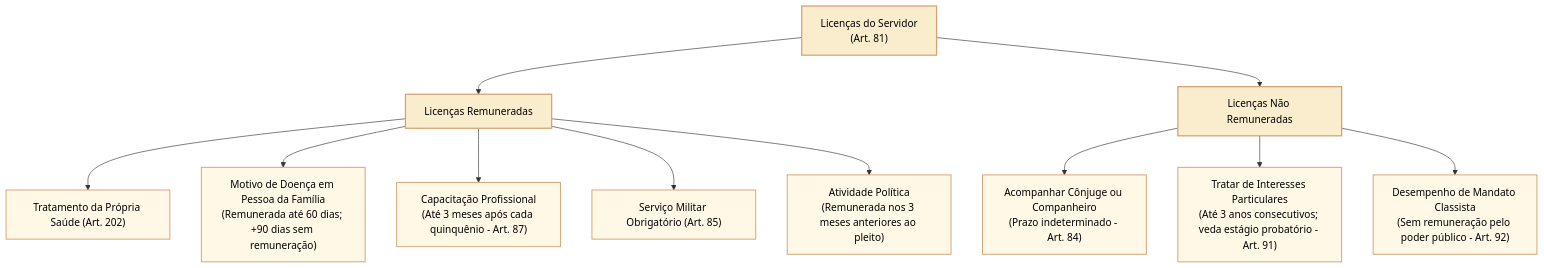
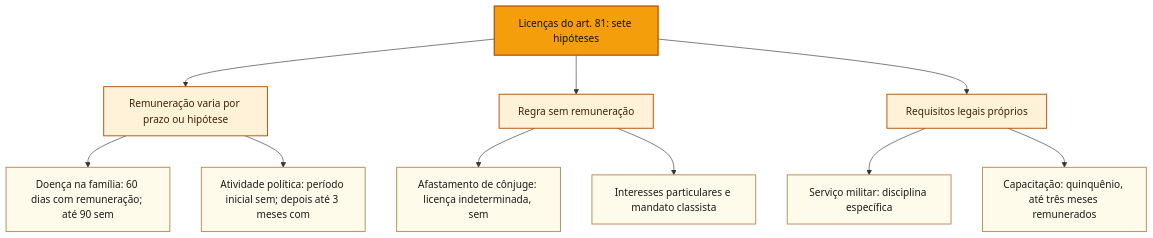
The third of 3 diagrams in 3 - Materias/Direito Administrativo/21 - lei 8112 direitos vantagens deveres e proibicoes.md (leorruas/concursos), drawn with Mermaid before and after one commit. The commit also changed other lines of this file, not shown here.

Commit message:
docs(didatica): revisar férias, licenças, deveres, sanções e acumulação EC138 DA21

````diff
--- a/3 - Materias/Direito Administrativo/21 - lei 8112 direitos vantagens deveres e proibicoes.md
+++ b/3 - Materias/Direito Administrativo/21 - lei 8112 direitos vantagens deveres e proibicoes.md
@@ -139,21 +146,17 @@
 ```mermaid
 flowchart TD
-    classDef raiz fill:#faedcd,stroke:#d4a373,stroke-width:2px,color:#000000;
-    classDef criterio fill:#faedcd,stroke:#d4a373,stroke-width:2px,color:#000000;
-    classDef opcao fill:#fff8e7,stroke:#d4a373,stroke-width:1.5px,color:#000000;
+    classDef raiz fill:#f59e0b,stroke:#b45309,stroke-width:2px,color:#111111;
+    classDef criterio fill:#fff2d9,stroke:#b45309,stroke-width:1.5px,color:#3d2207;
+    classDef opcao fill:#fffbeb,stroke:#b68d58,stroke-width:1.5px,color:#1c1917;
 
-    LIC["Licenças do Servidor<br>(Art. 81)"]:::raiz
-    
-    LIC --> REM["Licenças Remuneradas"]:::criterio
-    LIC --> SREM["Licenças Não Remuneradas"]:::criterio
-    
-    REM --> L1["Tratamento da Própria Saúde (Art. 202)"]:::opcao
-    REM --> L2["Motivo de Doença em Pessoa da Família<br>(Remunerada até 60 dias; +90 dias sem remuneração)"]:::opcao
-    REM --> L3["Capacitação Profissional<br>(Até 3 meses após cada quinquênio - Art. 87)"]:::opcao
-    REM --> L4["Serviço Militar Obrigatório (Art. 85)"]:::opcao
-    REM --> L5["Atividade Política<br>(Remunerada nos 3 meses anteriores ao pleito)"]:::opcao
-    
-    SREM --> S1["Acompanhar Cônjuge ou Companheiro<br>(Prazo indeterminado - Art. 84)"]:::opcao
-    SREM --> S2["Tratar de Interesses Particulares<br>(Até 3 anos consecutivos; veda estágio probatório - Art. 91)"]:::opcao
-    SREM --> S3["Desempenho de Mandato Classista<br>(Sem remuneração pelo poder público - Art. 92)"]:::opcao
+    L["Licenças do art. 81: sete hipóteses"]:::raiz
+    L --> A["Remuneração varia por prazo ou hipótese"]:::criterio
+    L --> B["Regra sem remuneração"]:::criterio
+    L --> C["Requisitos legais próprios"]:::criterio
+    A --> A1["Doença na família: 60 dias com remuneração; até 90 sem"]:::opcao
+    A --> A2["Atividade política: período inicial sem; depois até 3 meses com"]:::opcao
+    B --> B1["Afastamento de cônjuge: licença indeterminada, sem"]:::opcao
+    B --> B2["Interesses particulares e mandato classista"]:::opcao
+    C --> C1["Serviço militar: disciplina específica"]:::opcao
+    C --> C2["Capacitação: quinquênio, até três meses remunerados"]:::opcao
 ```
````
